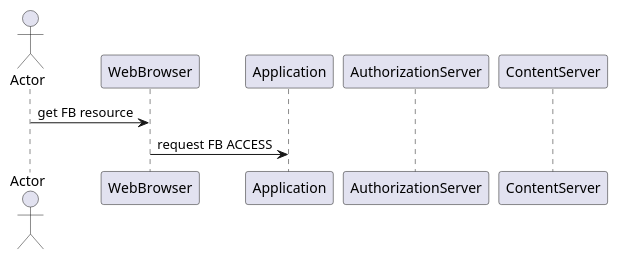
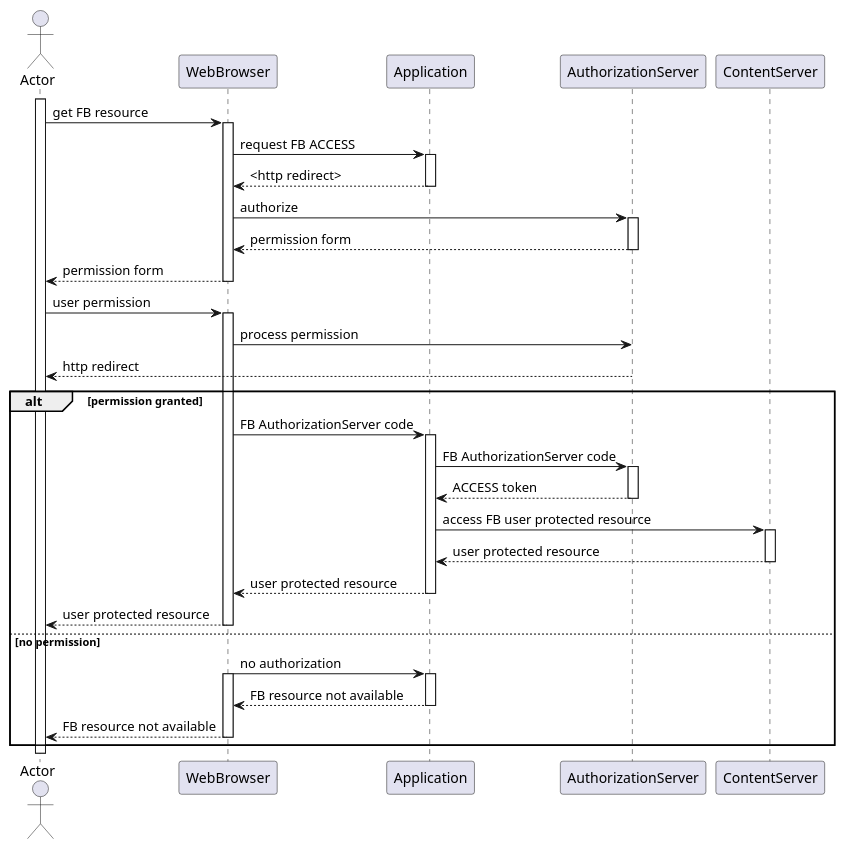
The diagram in src/main/resources/web.puml (wangdiskater/uml-example), drawn with PlantUML before and after one commit.

Commit message:
fea: add uml test

```diff
--- a/src/main/resources/web.puml
+++ b/src/main/resources/web.puml
@@ -1,14 +1,63 @@
 @startuml
 actor Actor as p
 participant WebBrowser  as wb
 participant Application as APP
 participant AuthorizationServer as author
 participant ContentServer as content
 
+activate p
+p -> wb: get FB resource
 
-p -> wb: get FB resource
+activate wb
 wb -> APP: request FB ACCESS
+activate APP
+APP --> wb: <http redirect>
+deactivate APP
+
+wb -> author: authorize
+activate author
+author --> wb: permission form
+deactivate author
+
+wb --> p: permission form
+deactivate wb
 
 
+p -> wb: user permission
+activate wb
+wb -> author: process permission
+author --> p:http redirect
 
+alt permission granted
+
+    wb -> APP: FB AuthorizationServer code
+    activate APP
+    APP -> author: FB AuthorizationServer code
+    activate author
+    author --> APP: ACCESS token
+    deactivate author
+
+    APP -> content: access FB user protected resource
+    activate content
+    content --> APP: user protected resource
+    deactivate content
+    APP --> wb: user protected resource
+    deactivate APP
+
+    wb --> p: user protected resource
+    deactivate wb
+
+else no permission
+
+    wb -> APP: no authorization
+    activate wb
+
+    activate APP
+    APP --> wb: FB resource not available
+    deactivate APP
+    wb --> p: FB resource not available
+
+    deactivate wb
+
+end
 @enduml
```
